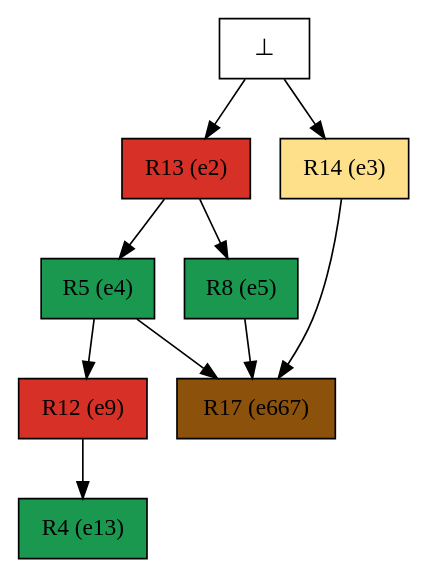
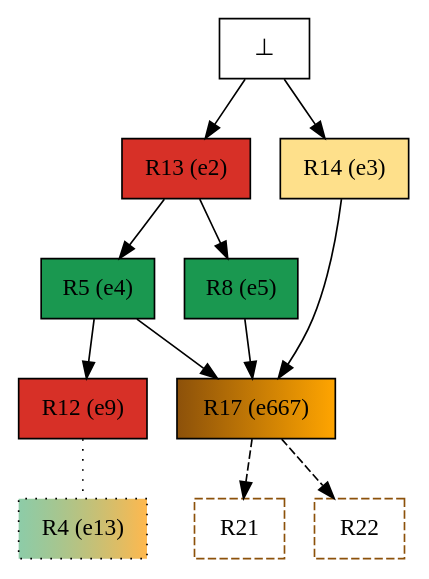
Before and after one commit to giannkas/ecofolder: the diagram in examples/oursin_tasmanie/mrk_instances/alg2urc/mindoo_confs/13_mindoo_conf_colored.dot, drawn with Graphviz. The commit also changed 58 other files, not shown here.

```diff
--- a/examples/oursin_tasmanie/mrk_instances/alg2urc/mindoo_confs/13_mindoo_conf_colored.dot
+++ b/examples/oursin_tasmanie/mrk_instances/alg2urc/mindoo_confs/13_mindoo_conf_colored.dot
@@ -1,19 +1,23 @@
 digraph test {
   e2 -> e4;
   e2 -> e5;
   e4 -> e9;
-  e9 -> e13;
+  e9 -> e13 [arrowhead=none style=dotted];
   e3 -> e667;
   e4 -> e667;
   e5 -> e667;
+  e667 -> r21 [color="black" style=dashed];
+  e667 -> r22 [color="black" style=dashed];
   e0 -> e2;
   e0 -> e3;
   e2 [color="black" fillcolor="#d73027:#d73027" label="R13 (e2)" shape=box style=filled];
   e3 [color="black" fillcolor="#fee08b:#fee08b" label="R14 (e3)" shape=box style=filled];
   e4 [color="black" fillcolor="#1a9850:#1a9850" label="R5 (e4)" shape=box style=filled];
   e5 [color="black" fillcolor="#1a9850:#1a9850" label="R8 (e5)" shape=box style=filled];
   e9 [color="black" fillcolor="#d73027:#d73027" label="R12 (e9)" shape=box style=filled];
-  e13 [color="black" fillcolor="#1a9850:#1a9850" label="R4 (e13)" shape=box style=filled];
-  e667 [color="black" fillcolor="#8c510a:#8c510a" label="R17 (e667)" shape=box style=filled];
+  e13 [color="black" fillcolor="#1a98507f:#ff9900b1" label="R4 (e13)" shape=box style="filled,dotted"];
+  e667 [color="black" fillcolor="#8c510a:orange" label="R17 (e667)" shape=box style=filled];
   e0 [fillcolor="white" label="⊥" shape=box style=filled];
+  r21 [fillcolor="transparent" color="#8c510a" label=R21 shape=box style=dashed];
+  r22 [fillcolor="transparent" color="#8c510a" label=R22 shape=box style=dashed];
 }
```
